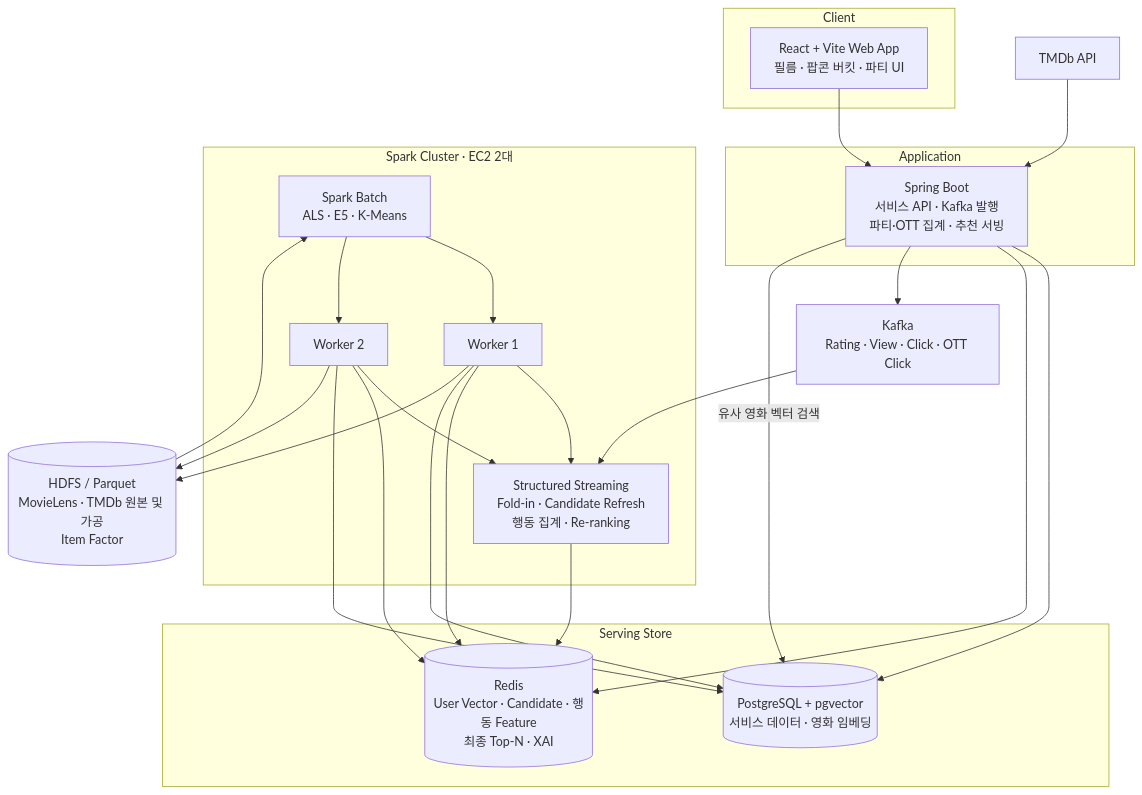
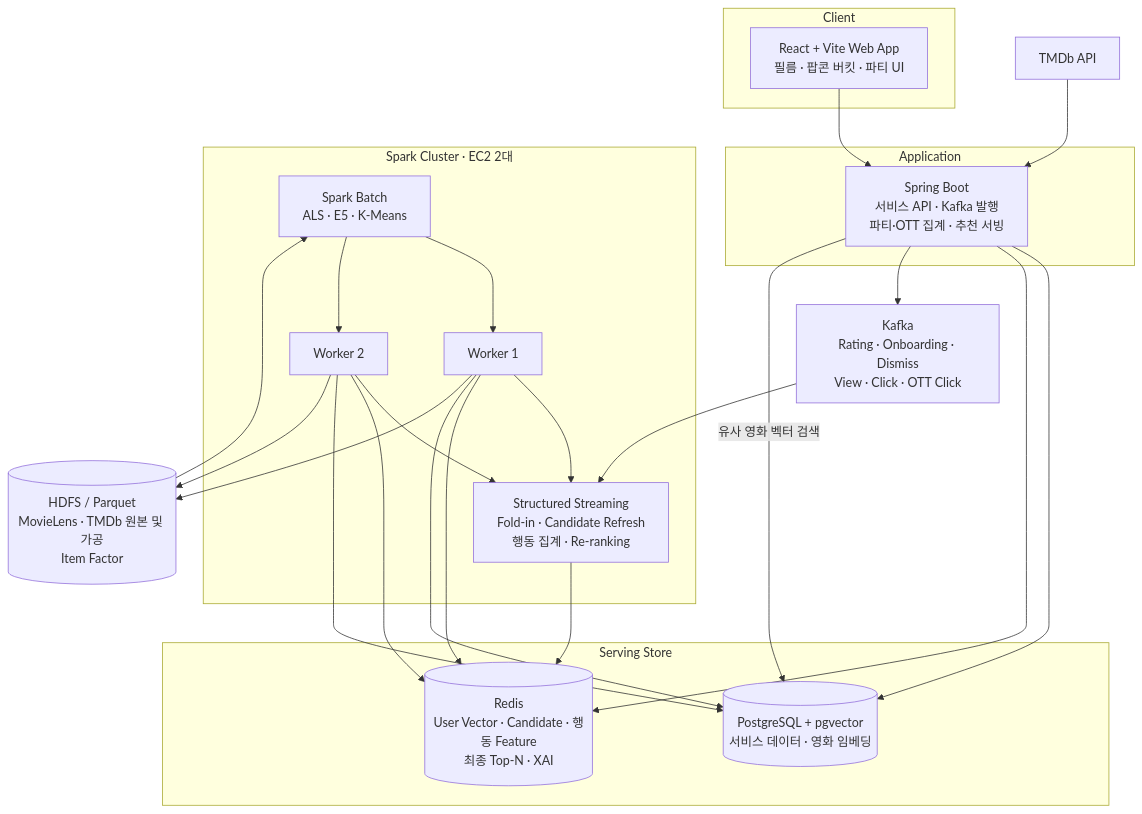
One commit to koongya-studio/feelm changed the second of 3 diagrams in README.md. Above: the diagram before and after it, drawn with Mermaid. The commit also changed other lines of this file and 2 other files, not shown here.

Commit message:
[S15P21E106-131] docs: Kafka 이벤트·Redis 추천 키 계약 작성

````diff
--- a/README.md
+++ b/README.md
@@ -254,46 +254,46 @@
 ```mermaid
 flowchart TB
     subgraph CLIENT["Client"]
         FE["React + Vite Web App<br/>필름 · 팝콘 버킷 · 파티 UI"]
     end
 
     subgraph APP["Application"]
         BE["Spring Boot<br/>서비스 API · Kafka 발행<br/>파티·OTT 집계 · 추천 서빙"]
     end
 
     subgraph STORE["Serving Store"]
         PG[("PostgreSQL + pgvector<br/>서비스 데이터 · 영화 임베딩")]
         RD[("Redis<br/>User Vector · Candidate · 행동 Feature<br/>최종 Top-N · XAI")]
     end
 
     subgraph SPARK["Spark Cluster · EC2 2대"]
         SM["Spark Batch<br/>ALS · E5 · K-Means"]
         SS["Structured Streaming<br/>Fold-in · Candidate Refresh<br/>행동 집계 · Re-ranking"]
         W1["Worker 1"]
         W2["Worker 2"]
     end
 
     LAKE[("HDFS / Parquet<br/>MovieLens · TMDb 원본 및 가공<br/>Item Factor")]
-    KF["Kafka<br/>Rating · View · Click · OTT Click"]
+    KF["Kafka<br/>Rating · Onboarding · Dismiss<br/>View · Click · OTT Click"]
     TMDB["TMDb API"]
 
     FE --> BE
     BE --> PG
     BE --> RD
     BE --> KF
     KF --> SS
     SS --> RD
     BE -->|"유사 영화 벡터 검색"| PG
     TMDB --> BE
     LAKE --> SM
     SM --> W1
     SM --> W2
     W1 --> SS
     W2 --> SS
     W1 --> RD
     W2 --> RD
     W1 --> PG
     W2 --> PG
     W1 --> LAKE
     W2 --> LAKE
 ```
````
